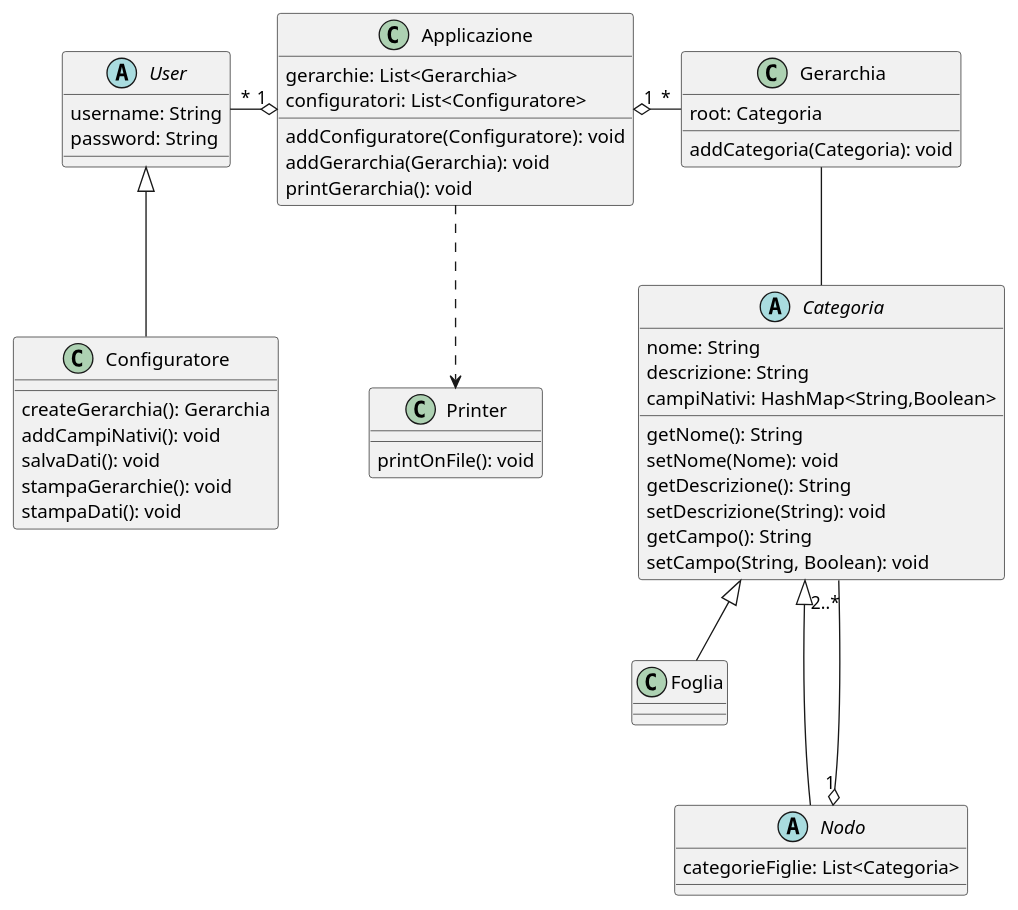
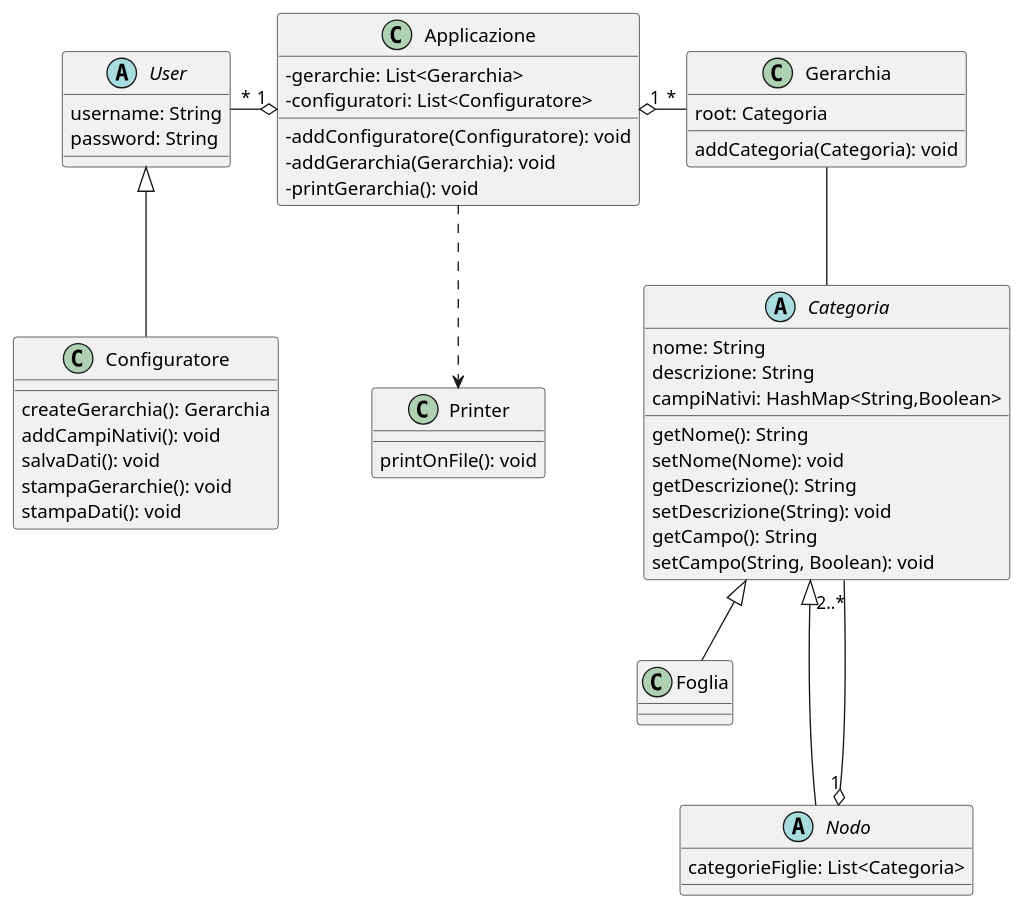
Before and after one commit to eletoo/inge_del_software: the diagram in doc/uml/version1/puml/Class diagram-Version1.0.puml, drawn with PlantUML. The commit also changed 5 other files, not shown here.

```diff
--- a/doc/uml/version1/puml/Class diagram-Version1.0.puml
+++ b/doc/uml/version1/puml/Class diagram-Version1.0.puml
@@ -1,61 +1,61 @@
 @startuml
-'https://plantuml.com/class-diagram
+skinparam ClassAttributeIconSize 0
 
 class Applicazione{
-gerarchie: List<Gerarchia>
-configuratori: List<Configuratore>
-addConfiguratore(Configuratore): void
-addGerarchia(Gerarchia): void
-printGerarchia(): void
+- gerarchie: List<Gerarchia>
+- configuratori: List<Configuratore>
+- addConfiguratore(Configuratore): void
+- addGerarchia(Gerarchia): void
+- printGerarchia(): void
 }
 
 abstract class User{
 username: String
 password: String
 }
 
 class Configuratore{
 createGerarchia(): Gerarchia
 addCampiNativi(): void
 salvaDati(): void
 stampaGerarchie(): void
 stampaDati(): void
 }
 
 class Printer{
 printOnFile(): void
 }
 
 class Gerarchia{
 root: Categoria
 addCategoria(Categoria): void
 }
 
 abstract class Categoria{
 nome: String
 descrizione: String
 campiNativi: HashMap<String,Boolean>
 getNome(): String
 setNome(Nome): void
 getDescrizione(): String
 setDescrizione(String): void
 getCampo(): String
 setCampo(String, Boolean): void
 }
 
 class Foglia
 
 abstract class Nodo{
 categorieFiglie: List<Categoria>
 }
 
 Applicazione "1" o-left- "*" User
 User <|-down- Configuratore
 Printer <.up. Applicazione
 Gerarchia "*" -left-o "1" Applicazione
 Categoria -up- Gerarchia
 Foglia -up-|> Categoria
 Nodo "1" o-down-- "2..*" Categoria
 Nodo -up-|> Categoria
 
 @enduml
```
